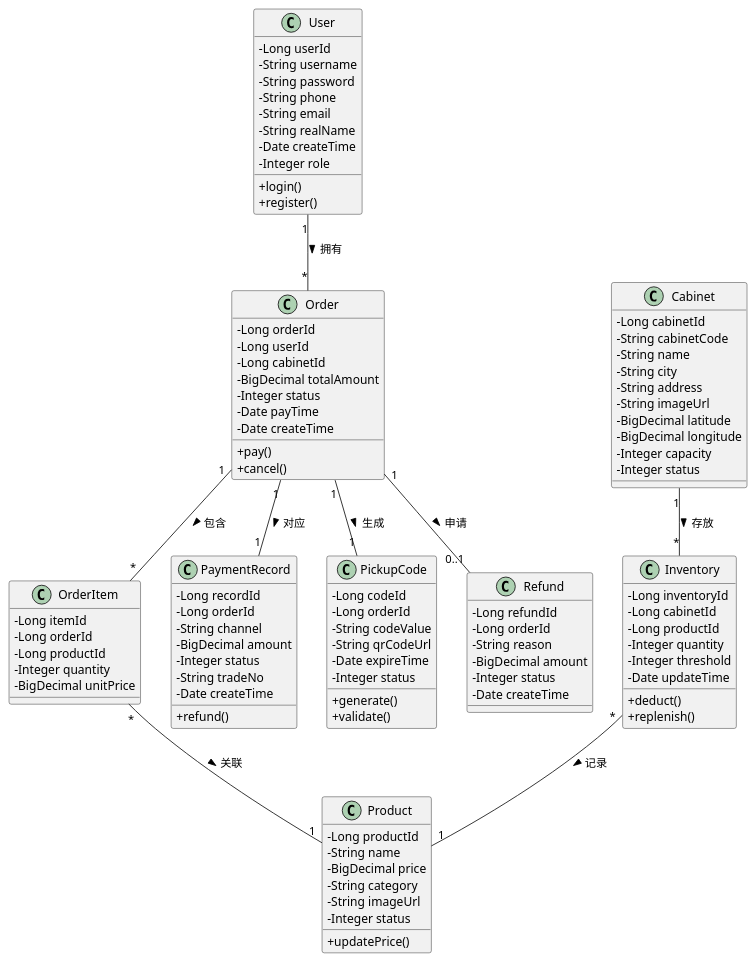
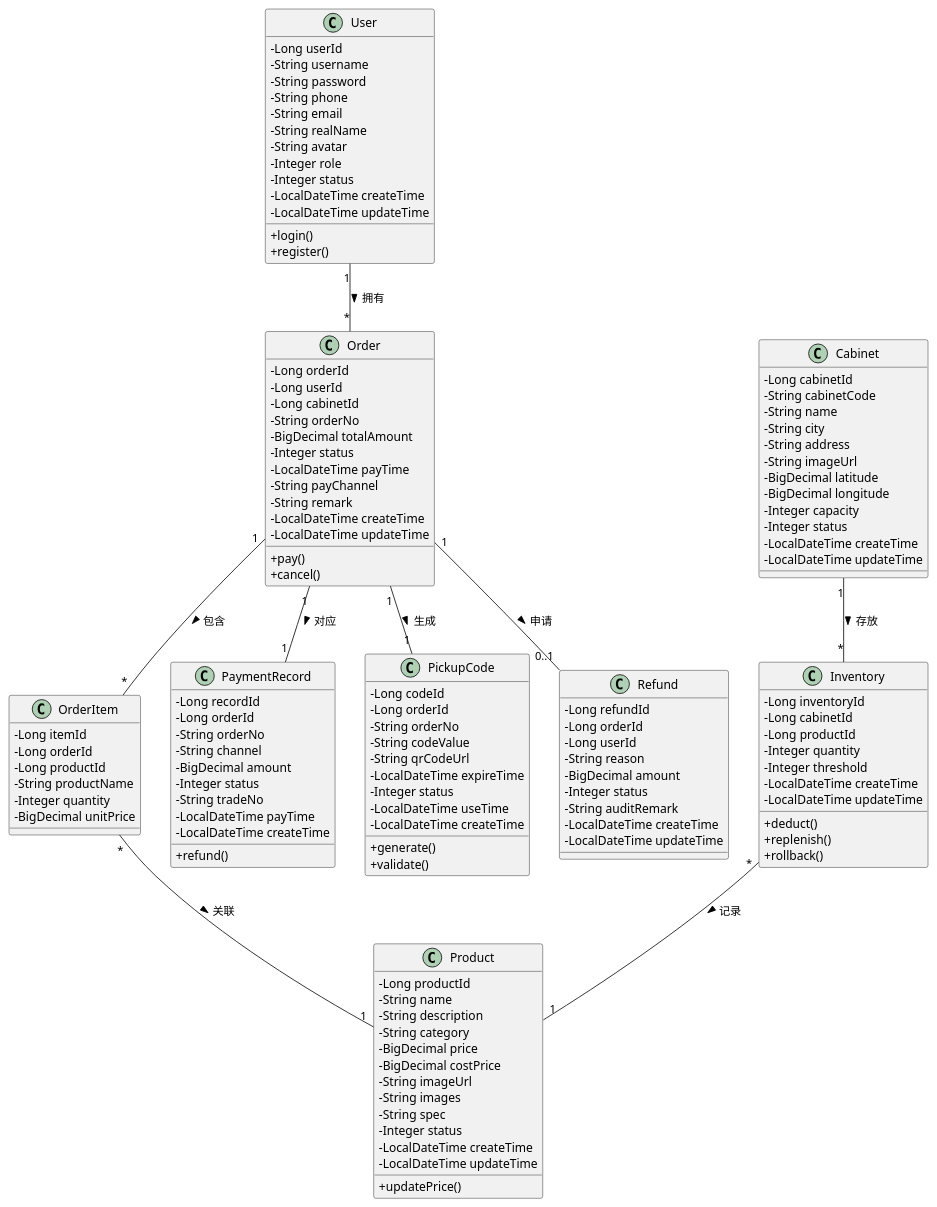
The third of 6 diagrams in docs/无人售货系统-完整报告.md (kaiyixing/Unmanned-vending-system), drawn with PlantUML before and after one commit. The commit also changed other lines of this file and 3 other files, not shown here.

```diff
--- a/docs/无人售货系统-完整报告.md
+++ b/docs/无人售货系统-完整报告.md
@@ -677,8 +869,11 @@
   - String phone
   - String email
   - String realName
-  - Date createTime
+  - String avatar
   - Integer role
+  - Integer status
+  - LocalDateTime createTime
+  - LocalDateTime updateTime
   + login()
   + register()
 }
@@ -686,10 +881,16 @@
 class Product {
   - Long productId
   - String name
+  - String description
+  - String category
   - BigDecimal price
-  - String category
+  - BigDecimal costPrice
   - String imageUrl
+  - String images
+  - String spec
   - Integer status
+  - LocalDateTime createTime
+  - LocalDateTime updateTime
   + updatePrice()
 }
 
@@ -704,6 +905,8 @@
   - BigDecimal longitude
   - Integer capacity
   - Integer status
+  - LocalDateTime createTime
+  - LocalDateTime updateTime
 }
 
 class Inventory {
@@ -712,19 +915,25 @@
   - Long productId
   - Integer quantity
   - Integer threshold
-  - Date updateTime
+  - LocalDateTime createTime
+  - LocalDateTime updateTime
   + deduct()
   + replenish()
+  + rollback()
 }
 
 class Order {
   - Long orderId
   - Long userId
   - Long cabinetId
+  - String orderNo
   - BigDecimal totalAmount
   - Integer status
-  - Date payTime
-  - Date createTime
+  - LocalDateTime payTime
+  - String payChannel
+  - String remark
+  - LocalDateTime createTime
+  - LocalDateTime updateTime
   + pay()
   + cancel()
 }
@@ -733,6 +942,7 @@
   - Long itemId
   - Long orderId
   - Long productId
+  - String productName
   - Integer quantity
   - BigDecimal unitPrice
 }
@@ -740,21 +950,26 @@
 class PaymentRecord {
   - Long recordId
   - Long orderId
+  - String orderNo
   - String channel
   - BigDecimal amount
   - Integer status
   - String tradeNo
-  - Date createTime
+  - LocalDateTime payTime
+  - LocalDateTime createTime
   + refund()
 }
 
 class PickupCode {
   - Long codeId
   - Long orderId
+  - String orderNo
   - String codeValue
   - String qrCodeUrl
-  - Date expireTime
+  - LocalDateTime expireTime
   - Integer status
+  - LocalDateTime useTime
+  - LocalDateTime createTime
   + generate()
   + validate()
 }
@@ -762,10 +977,13 @@
 class Refund {
   - Long refundId
   - Long orderId
+  - Long userId
   - String reason
   - BigDecimal amount
   - Integer status
-  - Date createTime
+  - String auditRemark
+  - LocalDateTime createTime
+  - LocalDateTime updateTime
 }
 
 User "1" -- "*" Order : 拥有 >
```
